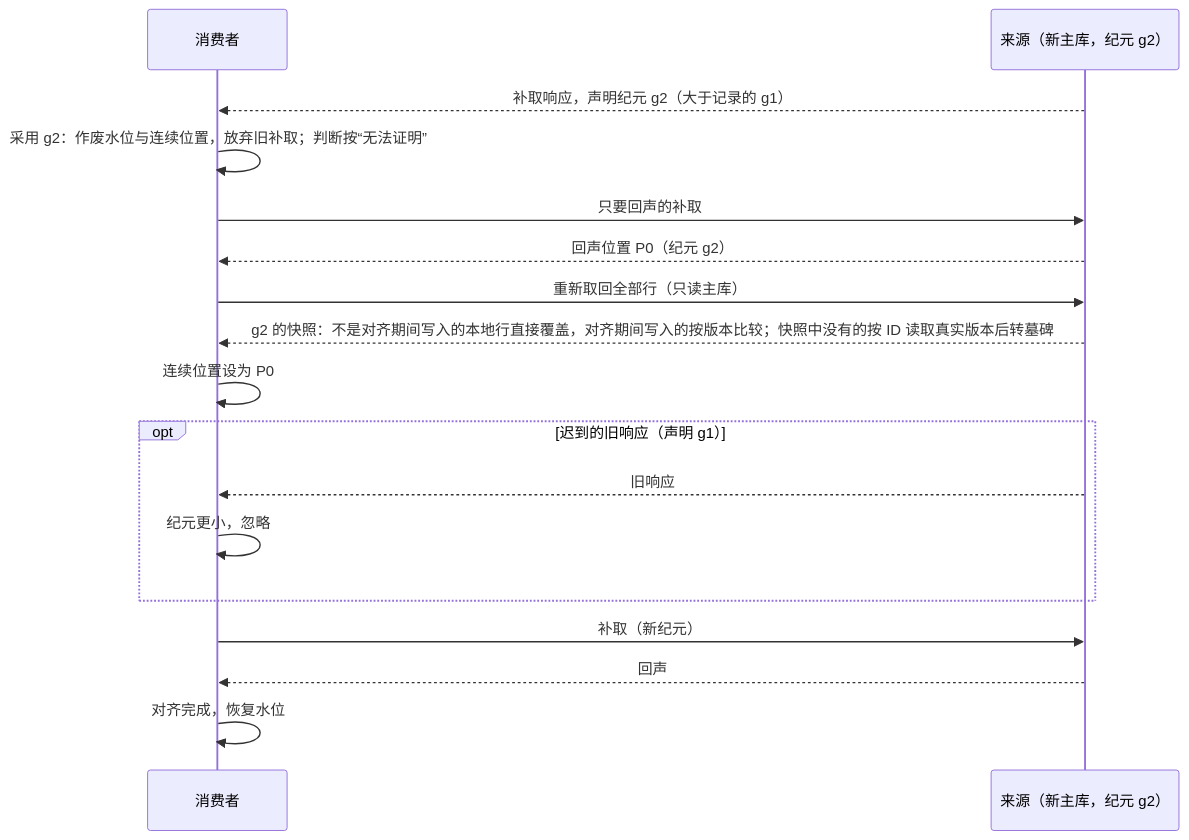
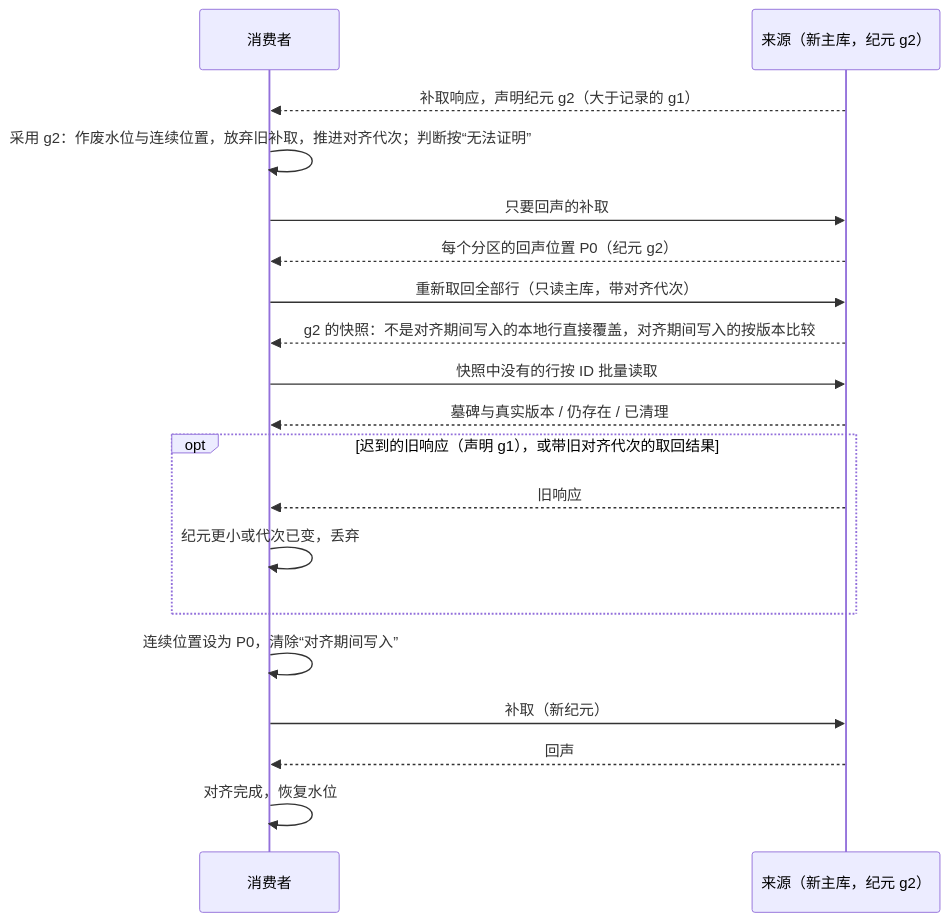
The second of 2 diagrams in tempDocs/final/06-protocols/02-projections.md (brickKit/be-assembly-standard), drawn with Mermaid before and after one commit. The commit also changed other lines of this file and 1 other file, not shown here.

````diff
--- a/tempDocs/final/06-protocols/02-projections.md
+++ b/tempDocs/final/06-protocols/02-projections.md
@@ -146,19 +182,21 @@
 ```mermaid
 sequenceDiagram
     participant C as 消费者
     participant S as 来源（新主库，纪元 g2）
     S-->>C: 补取响应，声明纪元 g2（大于记录的 g1）
-    C->>C: 采用 g2：作废水位与连续位置，放弃旧补取；判断按“无法证明”
+    C->>C: 采用 g2：作废水位与连续位置，放弃旧补取，推进对齐代次；判断按“无法证明”
     C->>S: 只要回声的补取
-    S-->>C: 回声位置 P0（纪元 g2）
-    C->>S: 重新取回全部行（只读主库）
-    S-->>C: g2 的快照：不是对齐期间写入的本地行直接覆盖，对齐期间写入的按版本比较；快照中没有的按 ID 读取真实版本后转墓碑
-    C->>C: 连续位置设为 P0
-    opt 迟到的旧响应（声明 g1）
+    S-->>C: 每个分区的回声位置 P0（纪元 g2）
+    C->>S: 重新取回全部行（只读主库，带对齐代次）
+    S-->>C: g2 的快照：不是对齐期间写入的本地行直接覆盖，对齐期间写入的按版本比较
+    C->>S: 快照中没有的行按 ID 批量读取
+    S-->>C: 墓碑与真实版本 / 仍存在 / 已清理
+    opt 迟到的旧响应（声明 g1），或带旧对齐代次的取回结果
         S-->>C: 旧响应
-        C->>C: 纪元更小，忽略
+        C->>C: 纪元更小或代次已变，丢弃
     end
+    C->>C: 连续位置设为 P0，清除“对齐期间写入”
     C->>S: 补取（新纪元）
     S-->>C: 回声
     C->>C: 对齐完成，恢复水位
 ```
````
